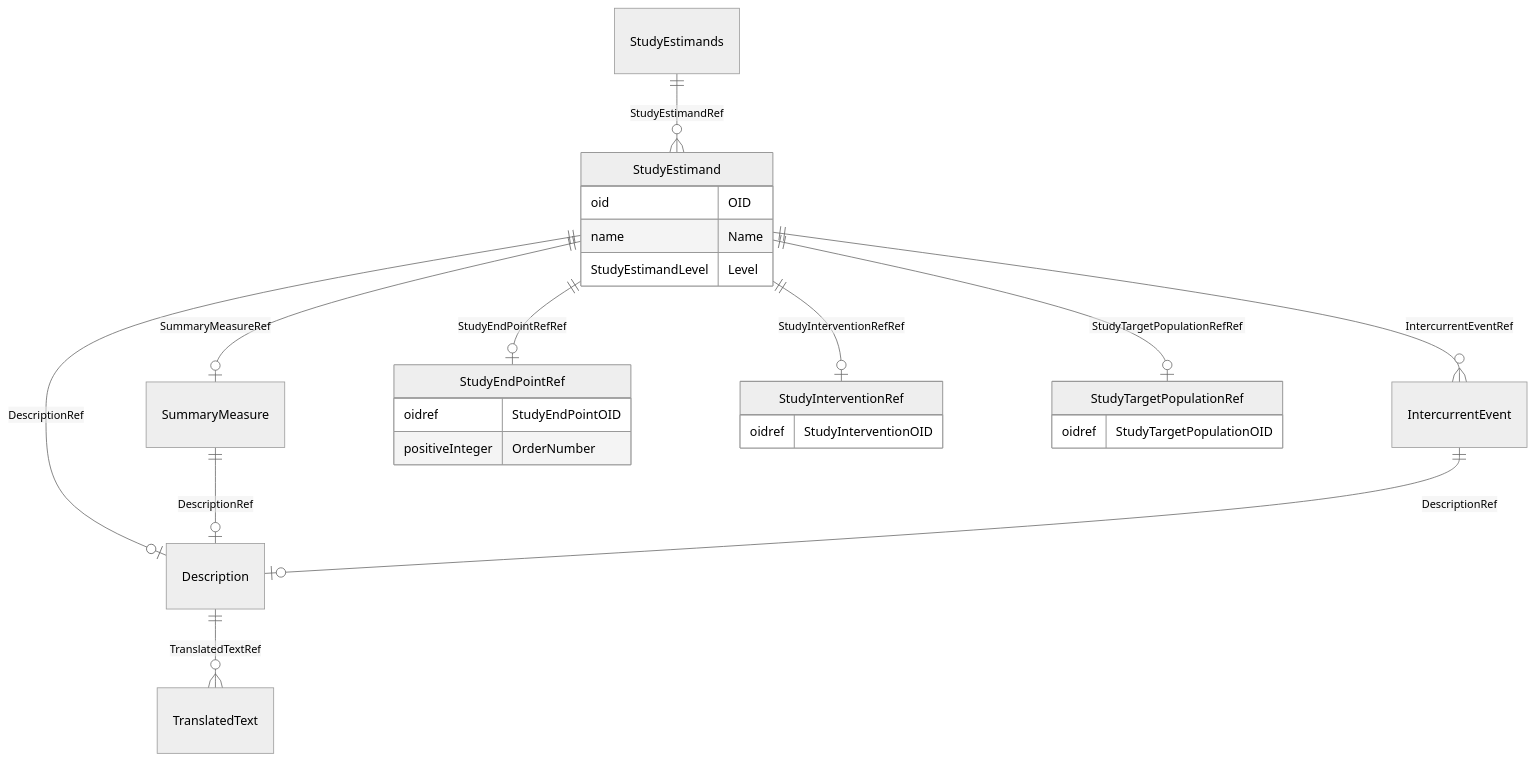
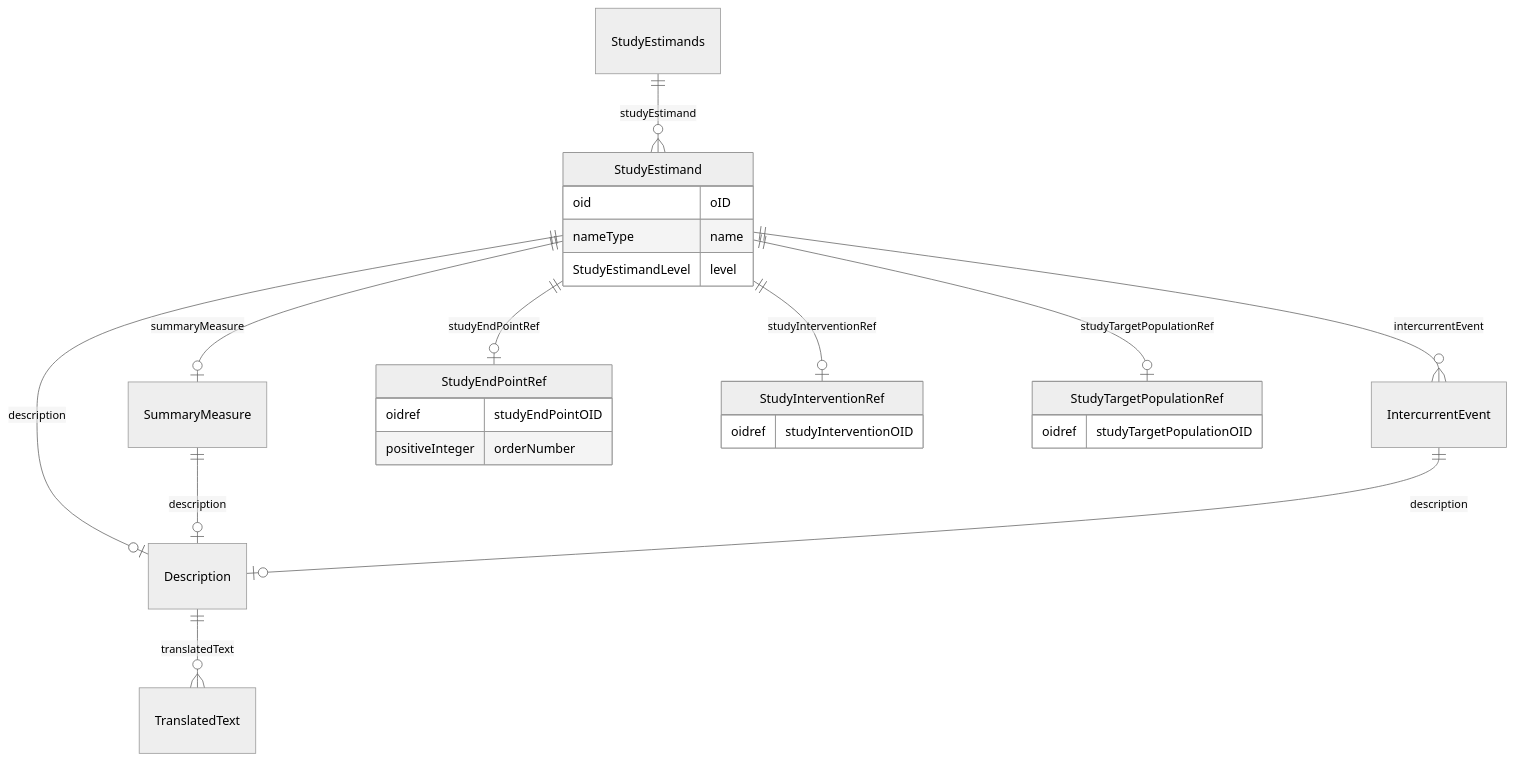
Before and after one commit to cdisc-org/DataExchange-ODM-LinkML: the diagram in docs/StudyEstimands.md, drawn with Mermaid (neutral theme). The commit also changed other lines of this file and 759 other files, not shown here.

````diff
--- a/docs/StudyEstimands.md
+++ b/docs/StudyEstimands.md
@@ -11,42 +11,42 @@
 ```mermaid
 erDiagram
 StudyEstimands {
 
 }
 StudyEstimand {
-    oid OID  
-    name Name  
-    StudyEstimandLevel Level  
+    oid oID  
+    nameType name  
+    StudyEstimandLevel level  
 }
 SummaryMeasure {
 
 }
 IntercurrentEvent {
 
 }
 StudyEndPointRef {
-    oidref StudyEndPointOID  
-    positiveInteger OrderNumber  
+    oidref studyEndPointOID  
+    positiveInteger orderNumber  
 }
 StudyInterventionRef {
-    oidref StudyInterventionOID  
+    oidref studyInterventionOID  
 }
 StudyTargetPopulationRef {
-    oidref StudyTargetPopulationOID  
+    oidref studyTargetPopulationOID  
 }
 Description {
 
 }
 
-StudyEstimands ||--}o StudyEstimand : "StudyEstimandRef"
-StudyEstimand ||--|o Description : "DescriptionRef"
-StudyEstimand ||--|o StudyTargetPopulationRef : "StudyTargetPopulationRefRef"
-StudyEstimand ||--|o StudyInterventionRef : "StudyInterventionRefRef"
-StudyEstimand ||--|o StudyEndPointRef : "StudyEndPointRefRef"
-StudyEstimand ||--}o IntercurrentEvent : "IntercurrentEventRef"
-StudyEstimand ||--|o SummaryMeasure : "SummaryMeasureRef"
-SummaryMeasure ||--|o Description : "DescriptionRef"
-IntercurrentEvent ||--|o Description : "DescriptionRef"
-Description ||--}o TranslatedText : "TranslatedTextRef"
+StudyEstimands ||--}o StudyEstimand : "studyEstimand"
+StudyEstimand ||--|o Description : "description"
+StudyEstimand ||--|o StudyTargetPopulationRef : "studyTargetPopulationRef"
+StudyEstimand ||--|o StudyInterventionRef : "studyInterventionRef"
+StudyEstimand ||--|o StudyEndPointRef : "studyEndPointRef"
+StudyEstimand ||--}o IntercurrentEvent : "intercurrentEvent"
+StudyEstimand ||--|o SummaryMeasure : "summaryMeasure"
+SummaryMeasure ||--|o Description : "description"
+IntercurrentEvent ||--|o Description : "description"
+Description ||--}o TranslatedText : "translatedText"
 
 ```
````
